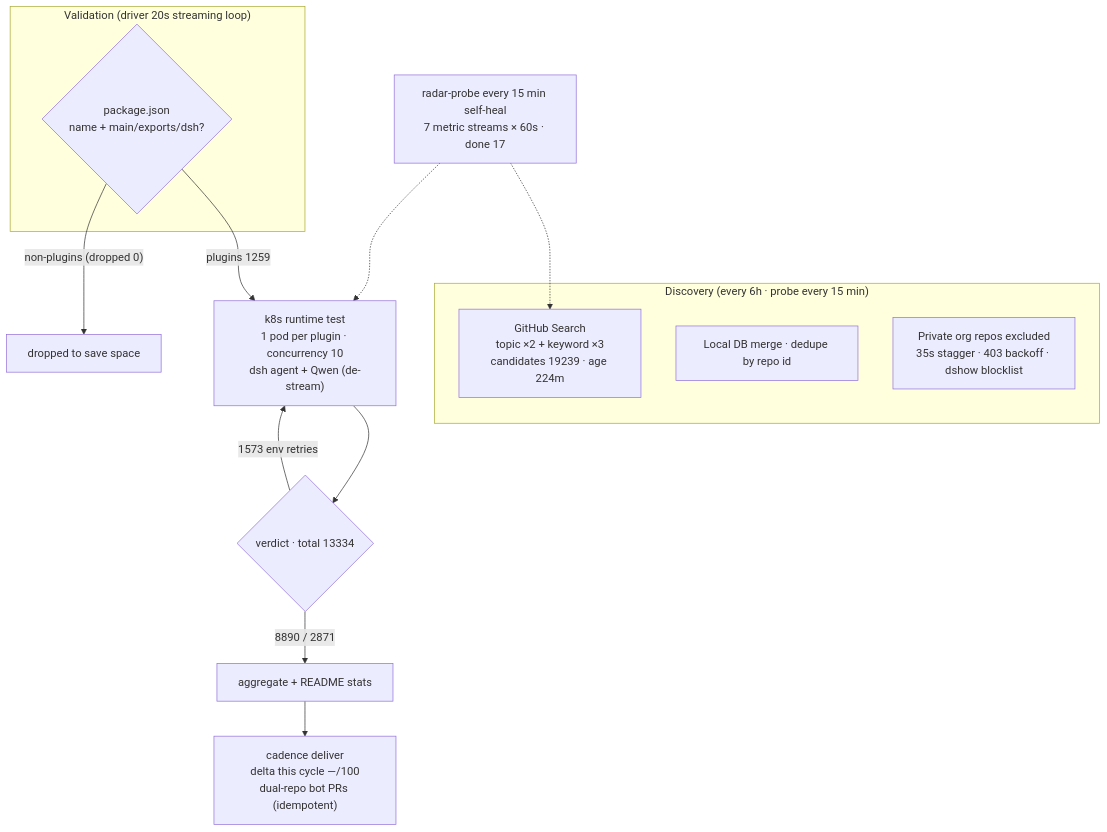
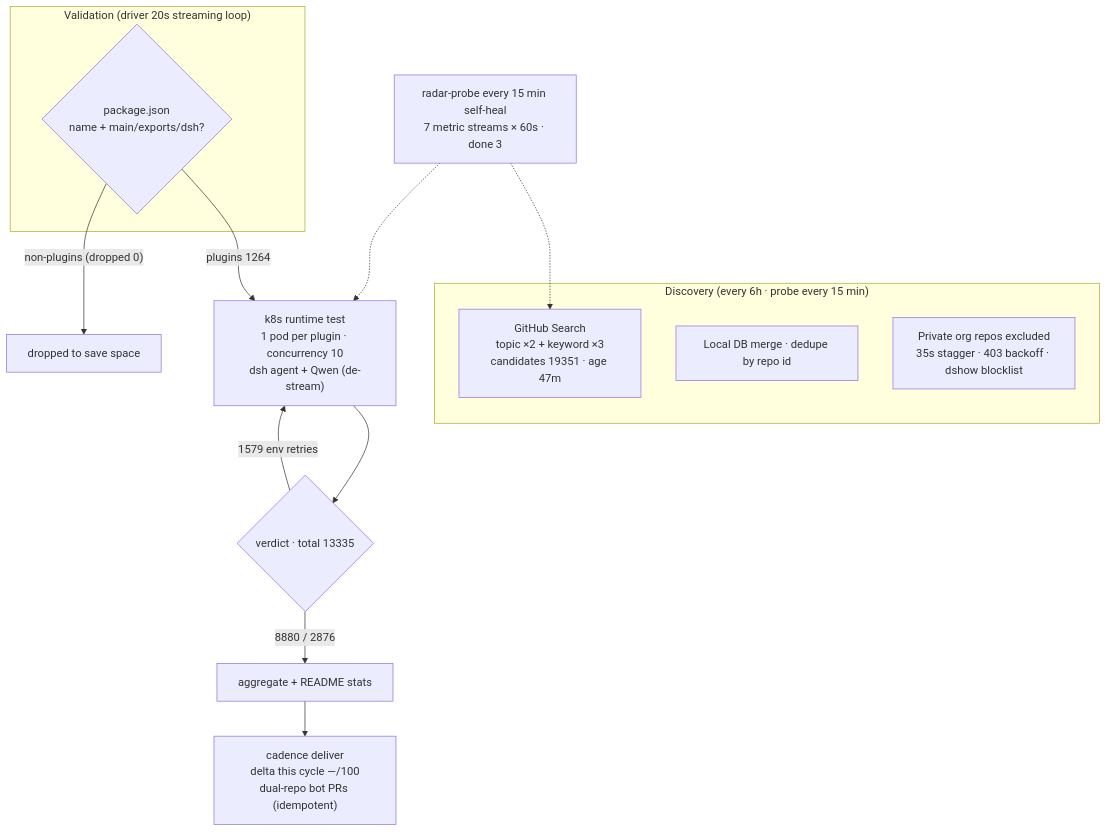
Before and after one commit to Zhidao-Lab-OSS/awesome-dsh-plugins: the diagram in README.en-US.md, drawn with Mermaid. The commit also changed other lines of this file and 1 other file, not shown here.

````diff
--- a/README.en-US.md
+++ b/README.en-US.md
@@ -45,20 +45,20 @@
 ```mermaid
 flowchart TB
     subgraph Discovery["Discovery (every 6h · probe every 15 min)"]
-        A1["GitHub Search<br/>topic ×2 + keyword ×3<br/>candidates 19239 · age 224m"]
+        A1["GitHub Search<br/>topic ×2 + keyword ×3<br/>candidates 19351 · age 47m"]
         A2["Local DB merge · dedupe by repo id"]
         A3["Private org repos excluded<br/>35s stagger · 403 backoff · dshow blocklist"]
     end
     subgraph Validation["Validation (driver 20s streaming loop)"]
         B1{"package.json<br/>name + main/exports/dsh?"}
     end
-    B1 -->|"plugins 1259"| C1["k8s runtime test<br/>1 pod per plugin · concurrency 10<br/>dsh agent + Qwen (de-stream)"]
+    B1 -->|"plugins 1264"| C1["k8s runtime test<br/>1 pod per plugin · concurrency 10<br/>dsh agent + Qwen (de-stream)"]
     B1 -->|"non-plugins (dropped 0)"| B3["dropped to save space"]
-    C1 --> D1{"verdict · total 13334"}
-    D1 -->|"8890 / 2871"| E1["aggregate + README stats"]
-    D1 -->|"1573 env retries"| C1
+    C1 --> D1{"verdict · total 13335"}
+    D1 -->|"8880 / 2876"| E1["aggregate + README stats"]
+    D1 -->|"1579 env retries"| C1
     E1 --> E2["cadence deliver<br/>delta this cycle —/100<br/>dual-repo bot PRs (idempotent)"]
-    M["radar-probe every 15 min self-heal<br/>7 metric streams × 60s · done 17"]
+    M["radar-probe every 15 min self-heal<br/>7 metric streams × 60s · done 3"]
     M -.-> A1
     M -.-> C1
 ```
````
